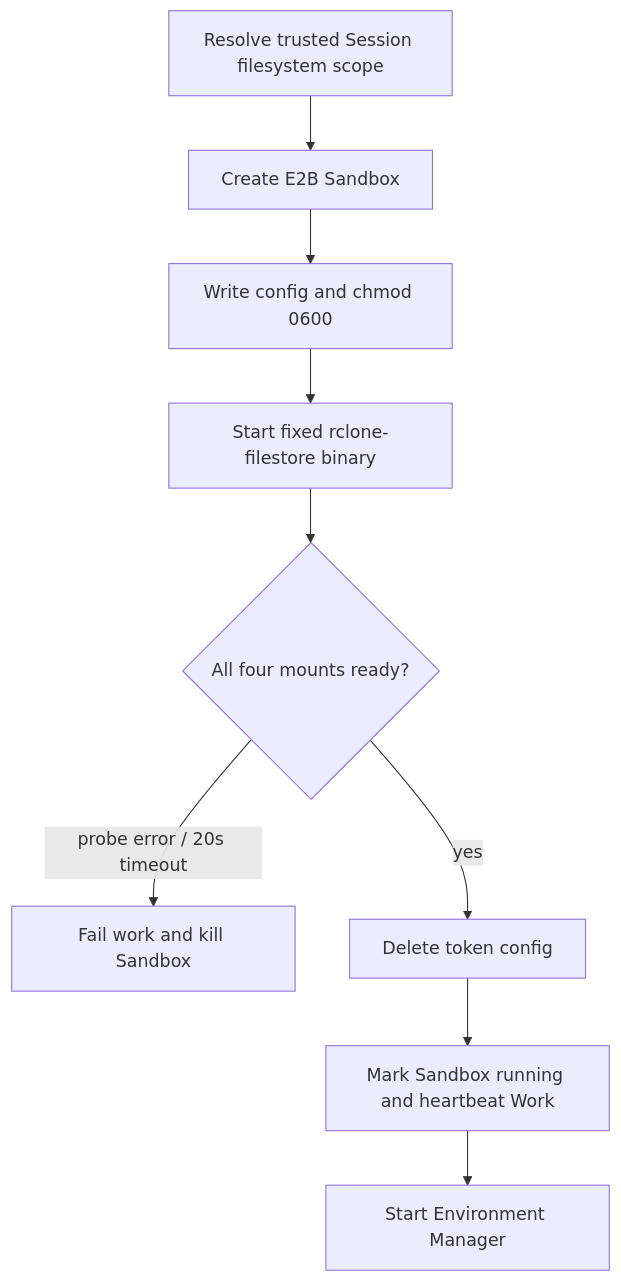
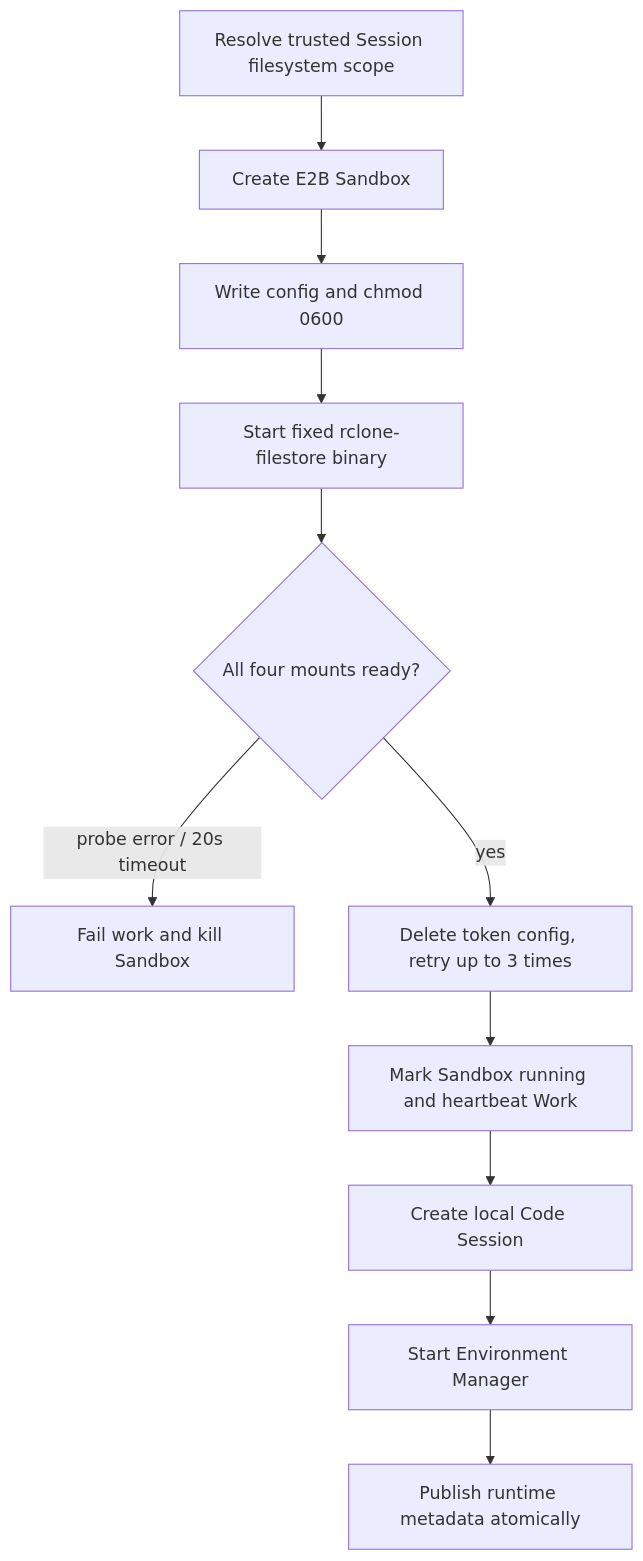
Before and after one commit to superduck-ai/open-managed-agents: the diagram in docs/design/be/e2b-sandbox-image-contract.md, drawn with Mermaid. The commit also changed other lines of this file and 35 other files, not shown here.

````diff
--- a/docs/design/be/e2b-sandbox-image-contract.md
+++ b/docs/design/be/e2b-sandbox-image-contract.md
@@ -46,11 +46,13 @@
 ```mermaid
 flowchart TD
     R["Resolve trusted Session filesystem scope"] --> A["Create E2B Sandbox"]
     A --> W["Write config and chmod 0600"]
     W --> B["Start fixed rclone-filestore binary"]
     B --> C{"All four mounts ready?"}
     C -->|"probe error / 20s timeout"| F["Fail work and kill Sandbox"]
-    C -->|"yes"| D["Delete token config"]
+    C -->|"yes"| D["Delete token config, retry up to 3 times"]
     D --> G["Mark Sandbox running and heartbeat Work"]
-    G --> H["Start Environment Manager"]
+    G --> I["Create local Code Session"]
+    I --> H["Start Environment Manager"]
+    H --> J["Publish runtime metadata atomically"]
 ```
````
